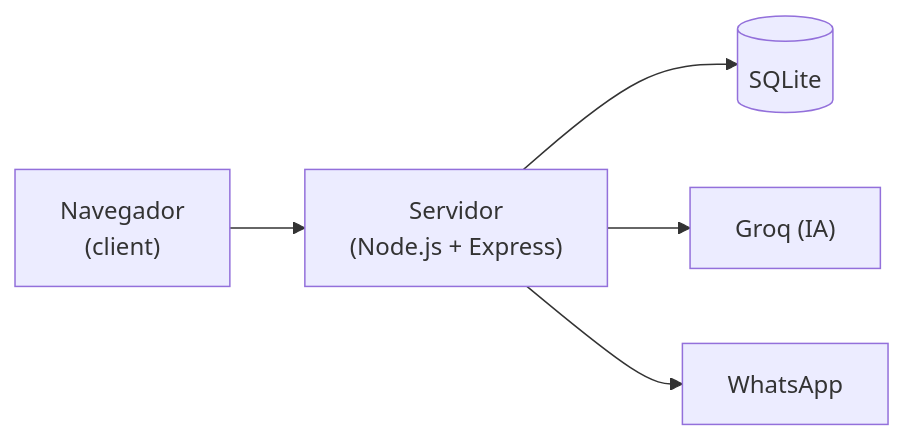
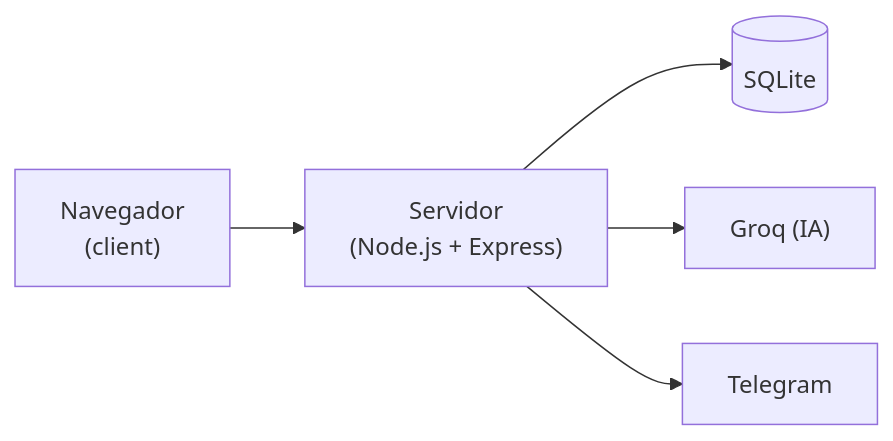
Before and after one commit to antoniossalomao/Dispatch_devcore: the first of 2 diagrams in docs/planejamento.md, drawn with Mermaid. The commit also changed other lines of this file and 10 other files, not shown here.

Commit message:
feat: troca WhatsApp por Telegram (bot, config, docs) e extrai funcoes de data

````diff
--- a/docs/planejamento.md
+++ b/docs/planejamento.md
@@ -158,7 +158,7 @@
 ```mermaid
 flowchart LR
     B["Navegador<br/>(client)"] --> S["Servidor<br/>(Node.js + Express)"]
     S --> DB[("SQLite")]
     S --> G["Groq (IA)"]
-    S --> W["WhatsApp"]
+    S --> W["Telegram"]
 ```
````
